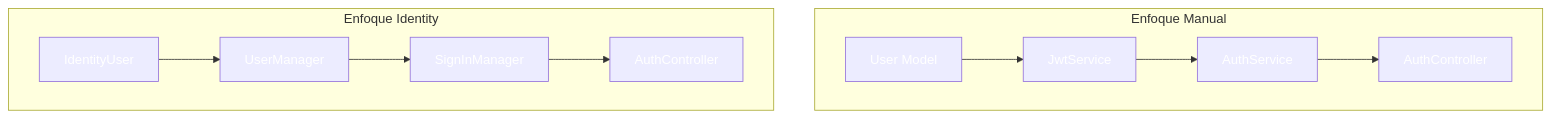
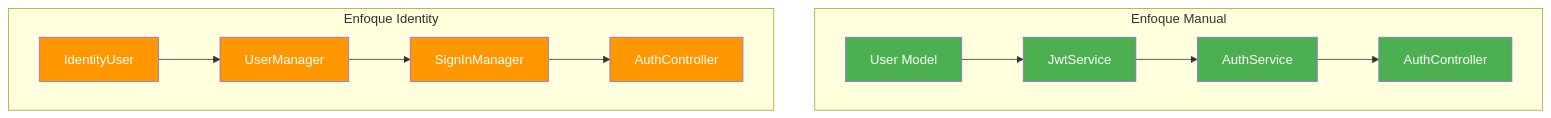
One commit to joseluisgs/DesarrolloWebEntornosServidor-02-2026-2027 changed diagram 12 of 15 in 16-autenticacion.md. Above: the diagram before and after it, drawn with Mermaid. The commit also changed other lines of this file and 29 other files, not shown here.

Commit message:
docs: corregir estilos Mermaid y estilo, quitar referencias a la Tienda y reestructurar los retos 13 y 15

````diff
--- a/16-autenticacion.md
+++ b/16-autenticacion.md
@@ -1098,23 +1098,23 @@
 ```mermaid
 flowchart TD
     subgraph Enfoque Manual
         M1[User Model] --> M2[JwtService]
         M2 --> M3[AuthService]
         M3 --> M4[AuthController]
     end
 
     subgraph Enfoque Identity
         I1[IdentityUser] --> I2[UserManager]
         I2 --> I3[SignInManager]
         I3 --> I4[AuthController]
     end
 
-    style M1 fill:#4CAF5,color:#fff0,color:#fff
-    style M2 fill:#4CAF5,color:#fff0,color:#fff
-    style M3 fill:#4CAF5,color:#fff0,color:#fff
-    style M4 fill:#4CAF5,color:#fff0,color:#fff
-    style I1 fill:#FF980,color:#fff0,color:#fff
-    style I2 fill:#FF980,color:#fff0,color:#fff
-    style I3 fill:#FF980,color:#fff0,color:#fff
-    style I4 fill:#FF980,color:#fff0,color:#fff
+    style M1 fill:#4CAF50,color:#fff
+    style M2 fill:#4CAF50,color:#fff
+    style M3 fill:#4CAF50,color:#fff
+    style M4 fill:#4CAF50,color:#fff
+    style I1 fill:#FF9800,color:#fff
+    style I2 fill:#FF9800,color:#fff
+    style I3 fill:#FF9800,color:#fff
+    style I4 fill:#FF9800,color:#fff
 ```
````
